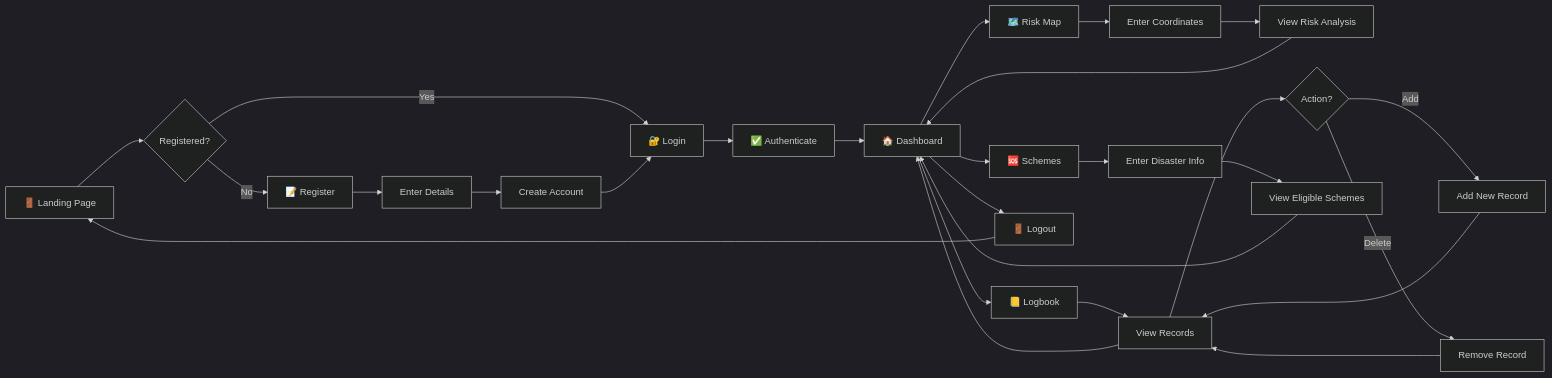
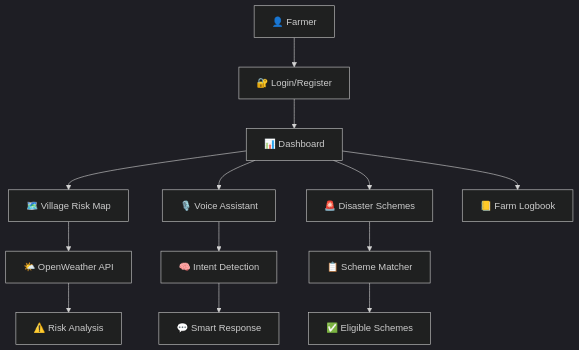
Before and after one commit to dharanishvijayakumar7-lgtm/cropPilot: the first of 3 diagrams in README.md, drawn with Mermaid (dark theme). The commit also changed other lines of this file and 3 other files, not shown here.

````diff
--- a/README.md
+++ b/README.md
@@ -344,37 +51,17 @@
 ```mermaid
-flowchart LR
-    A[🚪 Landing Page] --> B{Registered?}
+flowchart TB
+    A[👤 Farmer] --> B[🔐 Login/Register]
+    B --> C[📊 Dashboard]
+    C --> D[🗺️ Village Risk Map]
+    C --> E[🎙️ Voice Assistant]
+    C --> F[🚨 Disaster Schemes]
+    C --> G[📒 Farm Logbook]
     
-    B -->|No| C[📝 Register]
-    B -->|Yes| D[🔐 Login]
+    D --> H[🌤️ OpenWeather API]
+    E --> I[🧠 Intent Detection]
+    F --> J[📋 Scheme Matcher]
     
-    C --> E[Enter Details]
-    E --> F[Create Account]
-    F --> D
-    
-    D --> G[✅ Authenticate]
-    G --> H[🏠 Dashboard]
-    
-    H --> I[🗺️ Risk Map]
-    H --> J[📒 Logbook]
-    H --> K[🆘 Schemes]
-    
-    I --> L[Enter Coordinates]
-    L --> M[View Risk Analysis]
-    M --> H
-    
-    J --> N[View Records]
-    N --> O{Action?}
-    O -->|Add| P[Add New Record]
-    O -->|Delete| Q[Remove Record]
-    P --> N
-    Q --> N
-    N --> H
-    
-    K --> R[Enter Disaster Info]
-    R --> S[View Eligible Schemes]
-    S --> H
-    
-    H --> T[🚪 Logout]
-    T --> A
+    H --> K[⚠️ Risk Analysis]
+    I --> L[💬 Smart Response]
+    J --> M[✅ Eligible Schemes]
 ```
````
